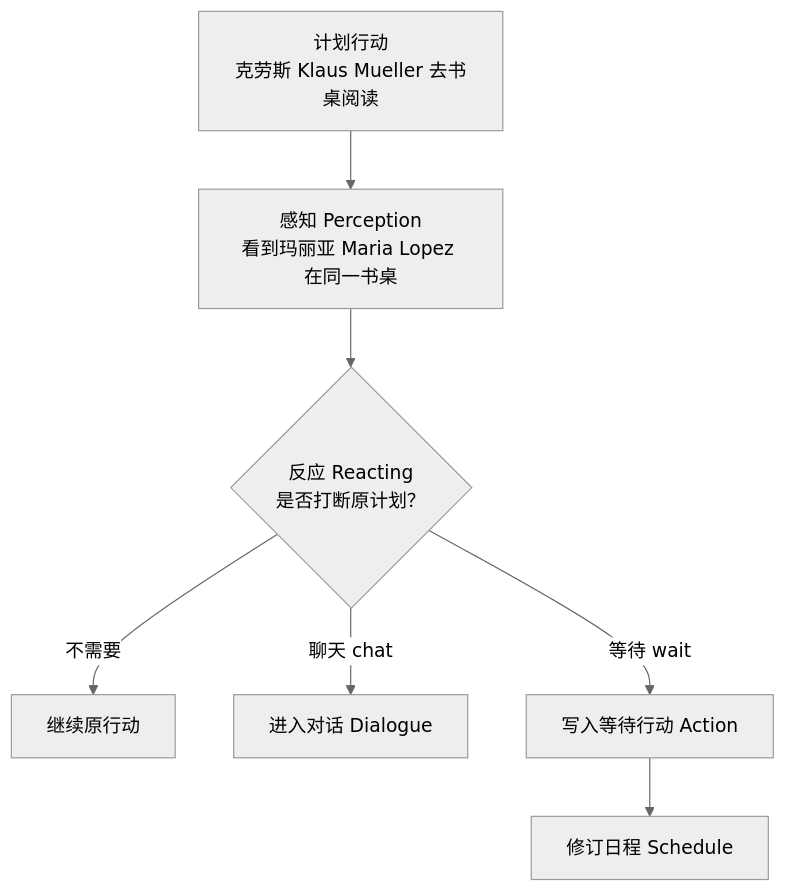
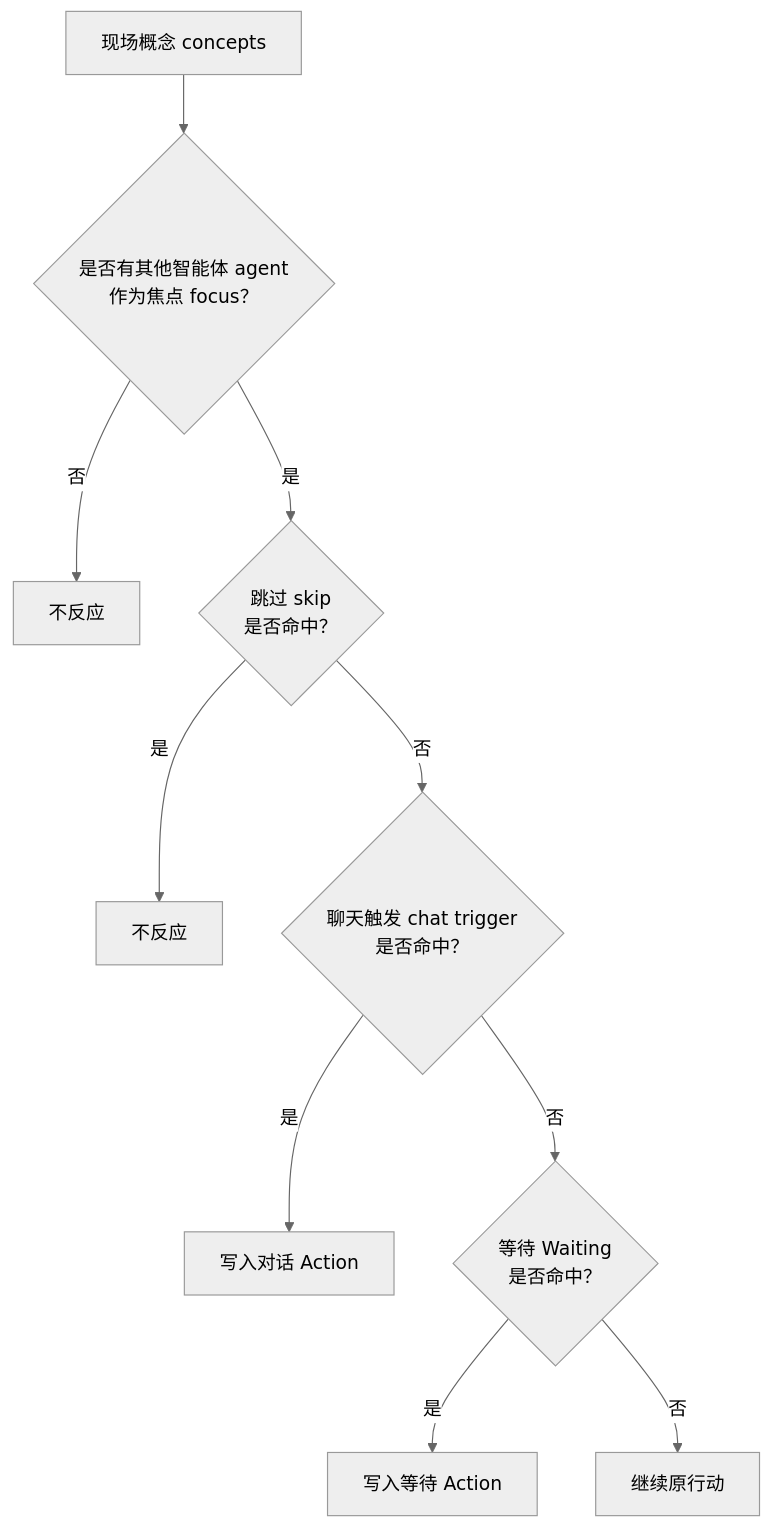
Before and after one commit to tbkken/GenerativeAgentsCN: the second of 2 diagrams in docs/book/manuscript/part_01/chapter_09.md, drawn with Mermaid (neutral theme). The commit also changed other lines of this file and 78 other files, not shown here.

````diff
--- a/docs/book/manuscript/part_01/chapter_09.md
+++ b/docs/book/manuscript/part_01/chapter_09.md
@@ -84,9 +210,12 @@
 ```mermaid
 flowchart TD
-    A["计划行动<br/>克劳斯 Klaus Mueller 去书桌阅读"] --> B["感知 Perception<br/>看到玛丽亚 Maria Lopez 在同一书桌"]
-    B --> C{"反应 Reacting<br/>是否打断原计划？"}
-    C -->|不需要| D["继续原行动"]
-    C -->|聊天 chat| E["进入对话 Dialogue"]
-    C -->|等待 wait| F["写入等待行动 Action"]
-    F --> G["修订日程 Schedule"]
+    Concepts["现场概念 concepts"] --> Focus{"是否有其他智能体 agent<br/>作为焦点 focus？"}
+    Focus -->|否| Stop1["不反应"]
+    Focus -->|是| Skip{"跳过 skip<br/>是否命中？"}
+    Skip -->|是| Stop2["不反应"]
+    Skip -->|否| Chat{"聊天触发 chat trigger<br/>是否命中？"}
+    Chat -->|是| ChatAction["写入对话 Action"]
+    Chat -->|否| Wait{"等待 Waiting<br/>是否命中？"}
+    Wait -->|是| WaitAction["写入等待 Action"]
+    Wait -->|否| Keep["继续原行动"]
 ```
````
